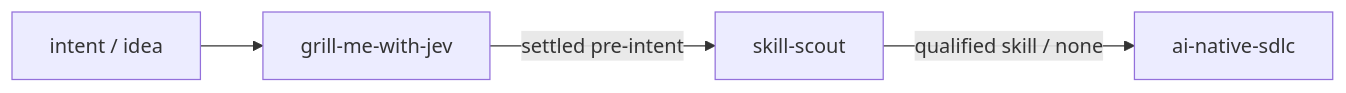
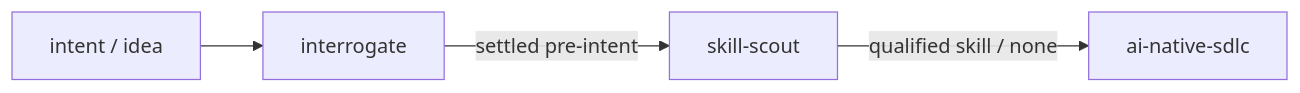
Before and after one commit to jon-devlapaz/tink-skills: the diagram in README.md, drawn with Mermaid. The commit also changed other lines of this file and 8 other files, not shown here.

First line of the commit message:
fix(pr-60): land skill-gate engine, lock coherence, interrogate migration

````diff
--- a/README.md
+++ b/README.md
@@ -11,6 +12,6 @@
 ```mermaid
 flowchart LR
-    intent["intent / idea"] --> grill["grill-me-with-jev"]
-    grill -->|settled pre-intent| scout["skill-scout"]
+    intent["intent / idea"] --> interrogate["interrogate"]
+    interrogate -->|settled pre-intent| scout["skill-scout"]
     scout -->|qualified skill / none| implementation["ai-native-sdlc"]
 ```
````
